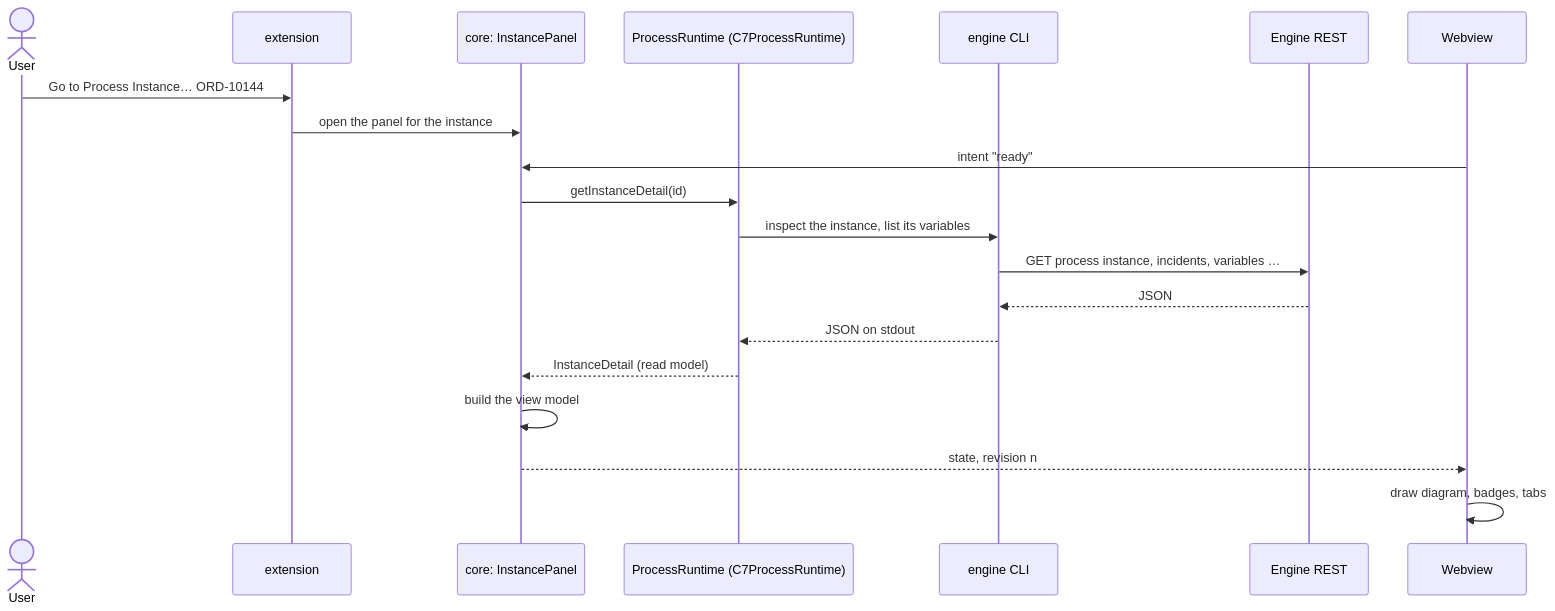
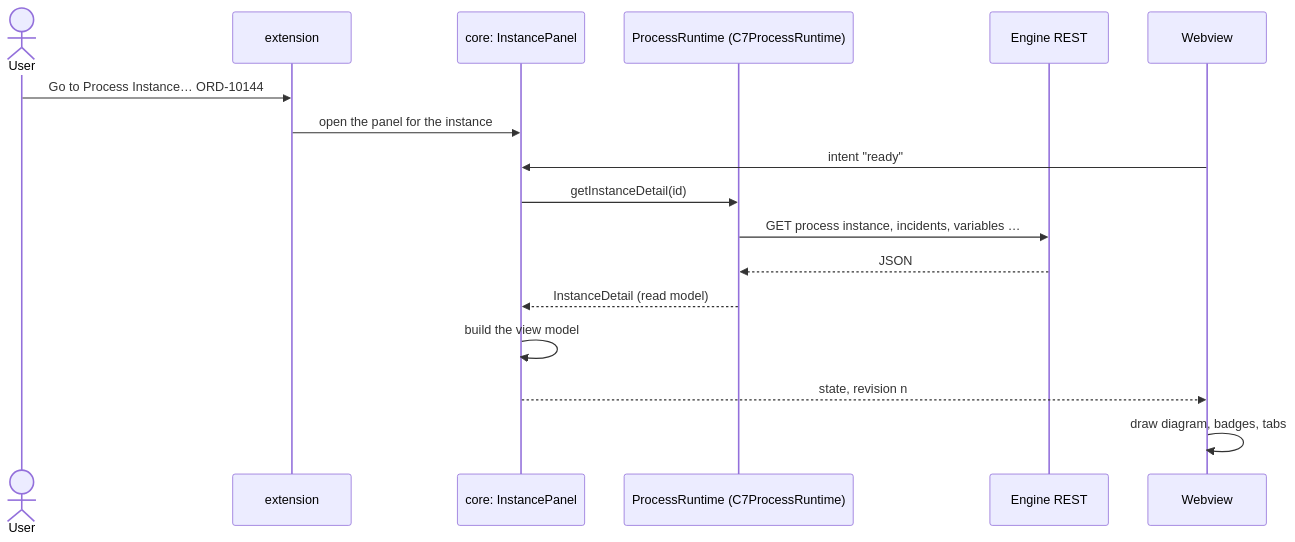
Before and after one commit to Miragon/pulse: the second of 2 diagrams in apps/vscode/docs/adr/architecture.md, drawn with Mermaid. The commit also changed other lines of this file and 268 other files, not shown here.

````diff
--- a/apps/vscode/docs/adr/architecture.md
+++ b/apps/vscode/docs/adr/architecture.md
@@ -122,23 +120,20 @@
 ```mermaid
 sequenceDiagram
   actor user as User
   participant host as extension
   participant panel as core: InstancePanel
   participant runtime as ProcessRuntime (C7ProcessRuntime)
-  participant cli as engine CLI
   participant engine as Engine REST
   participant view as Webview
 
   user->>host: Go to Process Instance… ORD-10144
   host->>panel: open the panel for the instance
   view->>panel: intent "ready"
   panel->>runtime: getInstanceDetail(id)
-  runtime->>cli: inspect the instance, list its variables
-  cli->>engine: GET process instance, incidents, variables …
-  engine-->>cli: JSON
-  cli-->>runtime: JSON on stdout
+  runtime->>engine: GET process instance, incidents, variables …
+  engine-->>runtime: JSON
   runtime-->>panel: InstanceDetail (read model)
   panel->>panel: build the view model
   panel-->>view: state, revision n
   view->>view: draw diagram, badges, tabs
 ```
````
